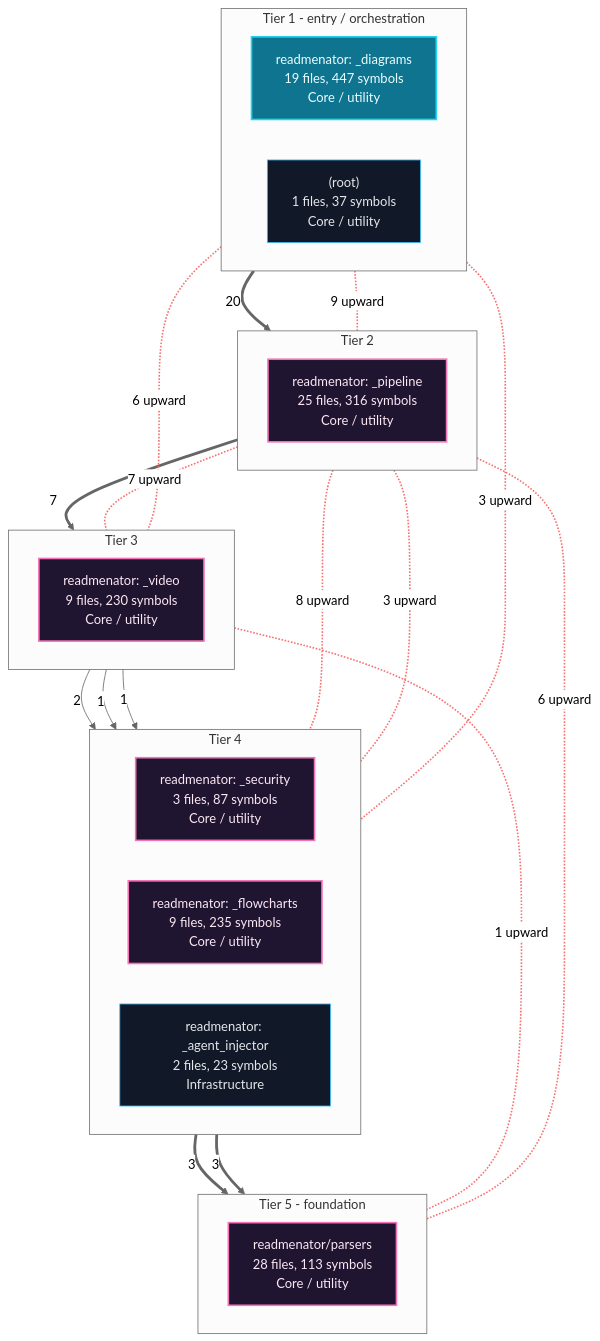
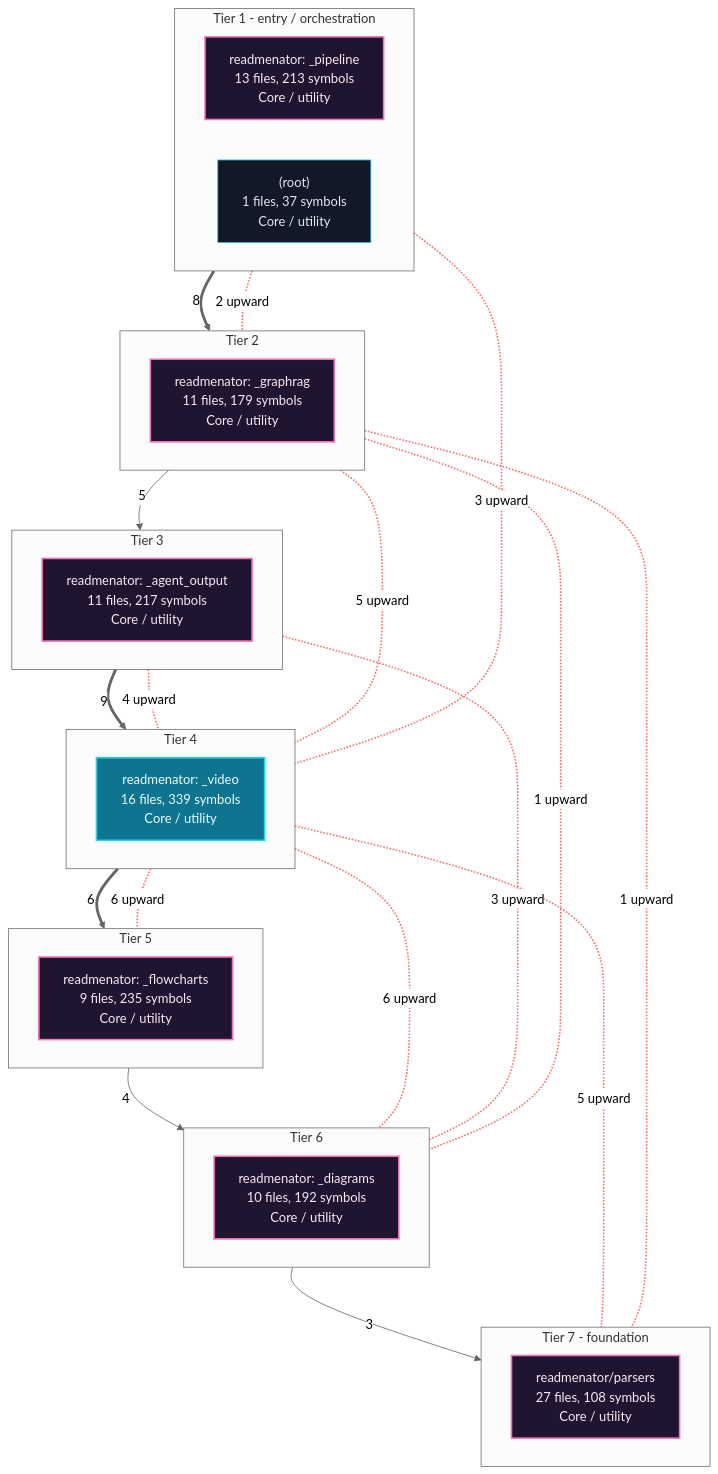
One commit to grisuno/ReadMenator changed the first of 7 diagrams in readmenator-apidocs/architecture.md. Above: the diagram before and after it, drawn with Mermaid (neutral theme). The commit also changed other lines of this file and 334 other files, not shown here.

````diff
--- a/readmenator-apidocs/architecture.md
+++ b/readmenator-apidocs/architecture.md
@@ -11,49 +11,58 @@
 ```mermaid
 flowchart TB
     classDef cycle fill:#1f1530,stroke:#f472b6,color:#fce7f3,stroke-width:2px;
     classDef default fill:#111827,stroke:#38bdf8,color:#e5e7eb;
     classDef entry fill:#0e7490,stroke:#22d3ee,color:#ecfeff,stroke-width:2px;
     subgraph lane_0["Tier 1 - entry / orchestration"]
         direction LR
-        n_c2["readmenator: _diagrams<br/>19 files, 447 symbols<br/>Core / utility"]:::entry
+        n_c4["readmenator: _pipeline<br/>13 files, 213 symbols<br/>Core / utility"]:::cycle
         n_d__root_["(root)<br/>1 files, 37 symbols<br/>Core / utility"]:::default
     end
     subgraph lane_1["Tier 2"]
         direction LR
-        n_c0["readmenator: _pipeline<br/>25 files, 316 symbols<br/>Core / utility"]:::cycle
+        n_c3["readmenator: _graphrag<br/>11 files, 179 symbols<br/>Core / utility"]:::cycle
     end
     subgraph lane_2["Tier 3"]
         direction LR
-        n_c3["readmenator: _video<br/>9 files, 230 symbols<br/>Core / utility"]:::cycle
+        n_c2["readmenator: _agent_output<br/>11 files, 217 symbols<br/>Core / utility"]:::cycle
     end
     subgraph lane_3["Tier 4"]
         direction LR
-        n_c5["readmenator: _security<br/>3 files, 87 symbols<br/>Core / utility"]:::cycle
-        n_c4["readmenator: _flowcharts<br/>9 files, 235 symbols<br/>Core / utility"]:::cycle
-        n_c6["readmenator: _agent_injector<br/>2 files, 23 symbols<br/>Infrastructure"]:::default
+        n_c0["readmenator: _video<br/>16 files, 339 symbols<br/>Core / utility"]:::entry
     end
-    subgraph lane_4["Tier 5 - foundation"]
+    subgraph lane_4["Tier 5"]
         direction LR
-        n_c1["readmenator/parsers<br/>28 files, 113 symbols<br/>Core / utility"]:::cycle
+        n_c6["readmenator: _flowcharts<br/>9 files, 235 symbols<br/>Core / utility"]:::cycle
     end
-    n_c0 ==>|"7"| n_c3
-    n_c2 ==>|"20"| n_c0
-    n_c3 -->|"2"| n_c4
-    n_c3 -->|"1"| n_c5
-    n_c3 -->|"1"| n_c6
-    n_c4 ==>|"3"| n_c1
-    n_c5 ==>|"3"| n_c1
-    n_c2 <-.-|"9 upward"| n_c0
-    n_c0 <-.-|"6 upward"| n_c1
+    subgraph lane_5["Tier 6"]
+        direction LR
+        n_c5["readmenator: _diagrams<br/>10 files, 192 symbols<br/>Core / utility"]:::cycle
+    end
+    subgraph lane_6["Tier 7 - foundation"]
+        direction LR
+        n_c1["readmenator/parsers<br/>27 files, 108 symbols<br/>Core / utility"]:::cycle
+    end
+    n_c0 ==>|"6"| n_c6
+    n_c2 ==>|"9"| n_c0
+    n_c3 -->|"5"| n_c2
+    n_c4 ==>|"8"| n_c3
+    n_c5 -->|"3"| n_c1
+    n_c6 -->|"4"| n_c5
+    n_c2 <-.-|"4 upward"| n_c0
+    n_c3 <-.-|"5 upward"| n_c0
+    n_c4 <-.-|"3 upward"| n_c0
+    n_c0 <-.-|"5 upward"| n_c1
     n_c3 <-.-|"1 upward"| n_c1
-    n_c0 <-.-|"7 upward"| n_c3
-    n_c2 <-.-|"6 upward"| n_c3
-    n_c0 <-.-|"8 upward"| n_c4
-    n_c0 <-.-|"3 upward"| n_c5
+    n_c4 <-.-|"2 upward"| n_c3
+    n_c0 <-.-|"6 upward"| n_c5
     n_c2 <-.-|"3 upward"| n_c5
-    linkStyle 7,8,9,10,11,12,13,14 stroke:#f87171,stroke-width:2px;
+    n_c3 <-.-|"1 upward"| n_c5
+    n_c0 <-.-|"6 upward"| n_c6
+    linkStyle 6,7,8,9,10,11,12,13,14,15 stroke:#f87171,stroke-width:2px;
+    n_c4 ~~~ n_c3
+    n_c3 ~~~ n_c2
     n_c2 ~~~ n_c0
-    n_c0 ~~~ n_c3
-    n_c3 ~~~ n_c5
+    n_c0 ~~~ n_c6
+    n_c6 ~~~ n_c5
     n_c5 ~~~ n_c1
 ```
````
